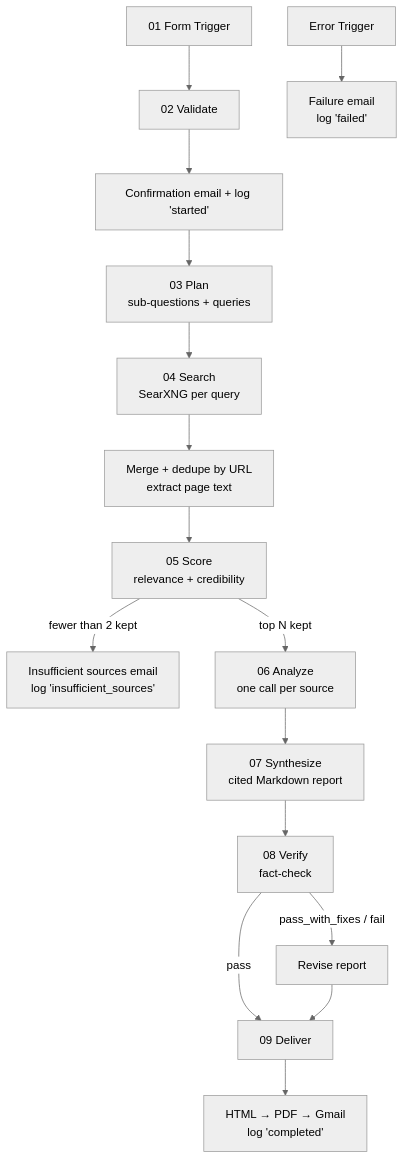
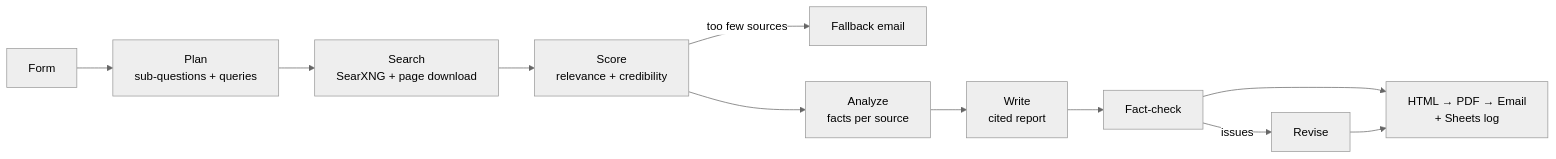
Before and after one commit to tsionbirhanu/researchflow-ai: the diagram in README.md, drawn with Mermaid (neutral theme). The commit also changed other lines of this file and 9 other files, not shown here.

````diff
--- a/README.md
+++ b/README.md
@@ -21,19 +21,13 @@
 ```mermaid
-flowchart TD
-    A[01 Form Trigger] --> B[02 Validate]
-    B --> C[Confirmation email + log 'started']
-    C --> D[03 Plan<br/>sub-questions + queries]
-    D --> E[04 Search<br/>SearXNG per query]
-    E --> F[Merge + dedupe by URL<br/>extract page text]
-    F --> G[05 Score<br/>relevance + credibility]
-    G -->|fewer than 2 kept| X[Insufficient sources email<br/>log 'insufficient_sources']
-    G -->|top N kept| H[06 Analyze<br/>one call per source]
-    H --> I[07 Synthesize<br/>cited Markdown report]
-    I --> J[08 Verify<br/>fact-check]
-    J -->|pass| L[09 Deliver]
-    J -->|pass_with_fixes / fail| K[Revise report]
-    K --> L
-    L --> M[HTML → PDF → Gmail<br/>log 'completed']
-
-    Z[Error Trigger] --> Y[Failure email<br/>log 'failed']
+flowchart LR
+    A[Form] --> B[Plan<br/>sub-questions + queries]
+    B --> C[Search<br/>SearXNG + page download]
+    C --> D[Score<br/>relevance + credibility]
+    D -->|too few sources| X[Fallback email]
+    D --> E[Analyze<br/>facts per source]
+    E --> F[Write<br/>cited report]
+    F --> G[Fact-check]
+    G -->|issues| H[Revise]
+    G --> I[HTML → PDF → Email<br/>+ Sheets log]
+    H --> I
 ```
````
